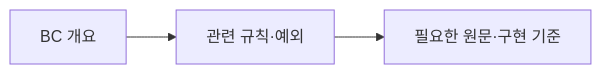
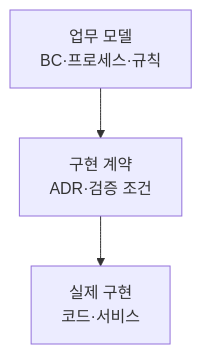
The fourth of 6 diagrams in _posts/2026-11-05-enterprise-wide-ax-essentials.md (haandol/haandol.github.com), drawn with Mermaid before and after one commit. The commit also changed other lines of this file and 1 other file, not shown here.

````diff
--- a/_posts/2026-11-05-enterprise-wide-ax-essentials.md
+++ b/_posts/2026-11-05-enterprise-wide-ax-essentials.md
@@ -98,5 +176,5 @@
 ```mermaid
-flowchart LR
-  B["BC 개요"] --> R["관련 규칙·예외"]
-  R --> E["필요한 원문·구현 기준"]
+flowchart TB
+  M["업무 모델<br/>BC·프로세스·규칙"] --> A["구현 계약<br/>ADR·검증 조건"]
+  A --> C["실제 구현<br/>코드·서비스"]
 ```
````
